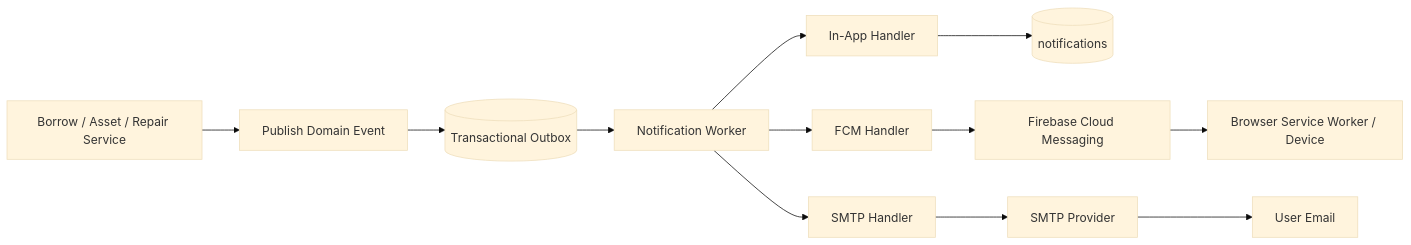
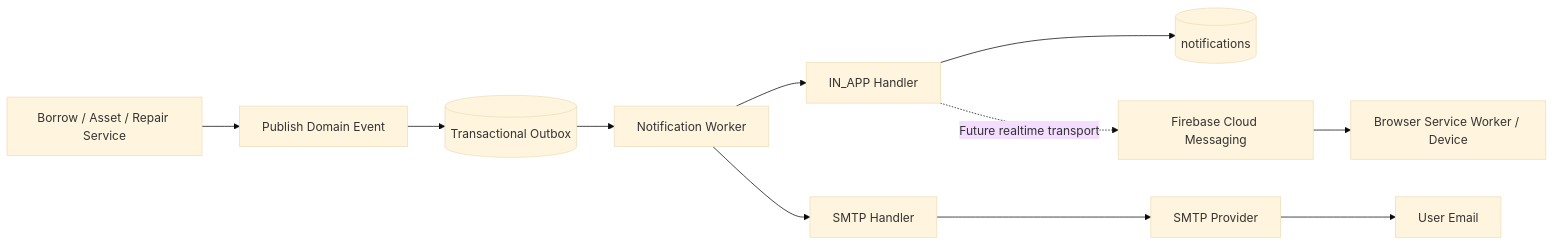
Before and after one commit to Tuyen-ares/training_SE: the diagram in docs/modules/notifications/spec.md, drawn with Mermaid (base theme). The commit also changed other lines of this file and 104 other files, not shown here.

````diff
--- a/docs/modules/notifications/spec.md
+++ b/docs/modules/notifications/spec.md
@@ -62,14 +58,13 @@
 ```mermaid
 flowchart LR
   A[Borrow / Asset / Repair Service] --> B[Publish Domain Event]
   B --> C[(Transactional Outbox)]
   C --> D[Notification Worker]
-  D --> E[In-App Handler]
-  D --> F[FCM Handler]
+  D --> E[IN_APP Handler]
   D --> G[SMTP Handler]
   E --> H[(notifications)]
-  F --> I[Firebase Cloud Messaging]
+  E -. Future realtime transport .-> I[Firebase Cloud Messaging]
   G --> J[SMTP Provider]
   I --> K[Browser Service Worker / Device]
   J --> L[User Email]
 ```
````
